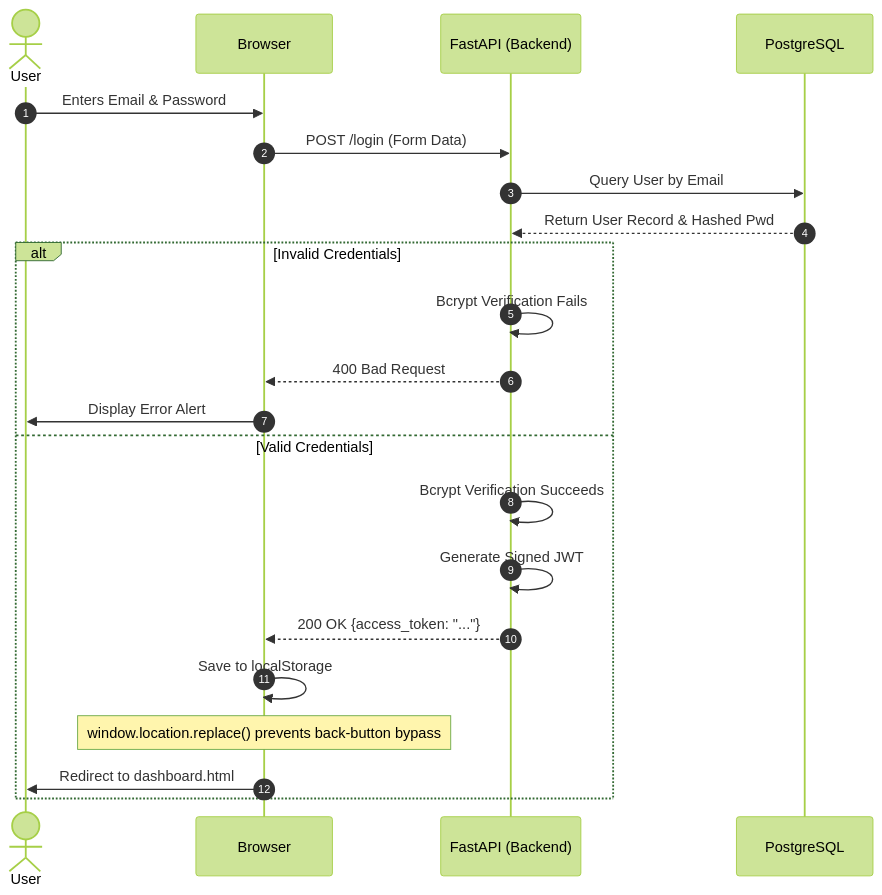
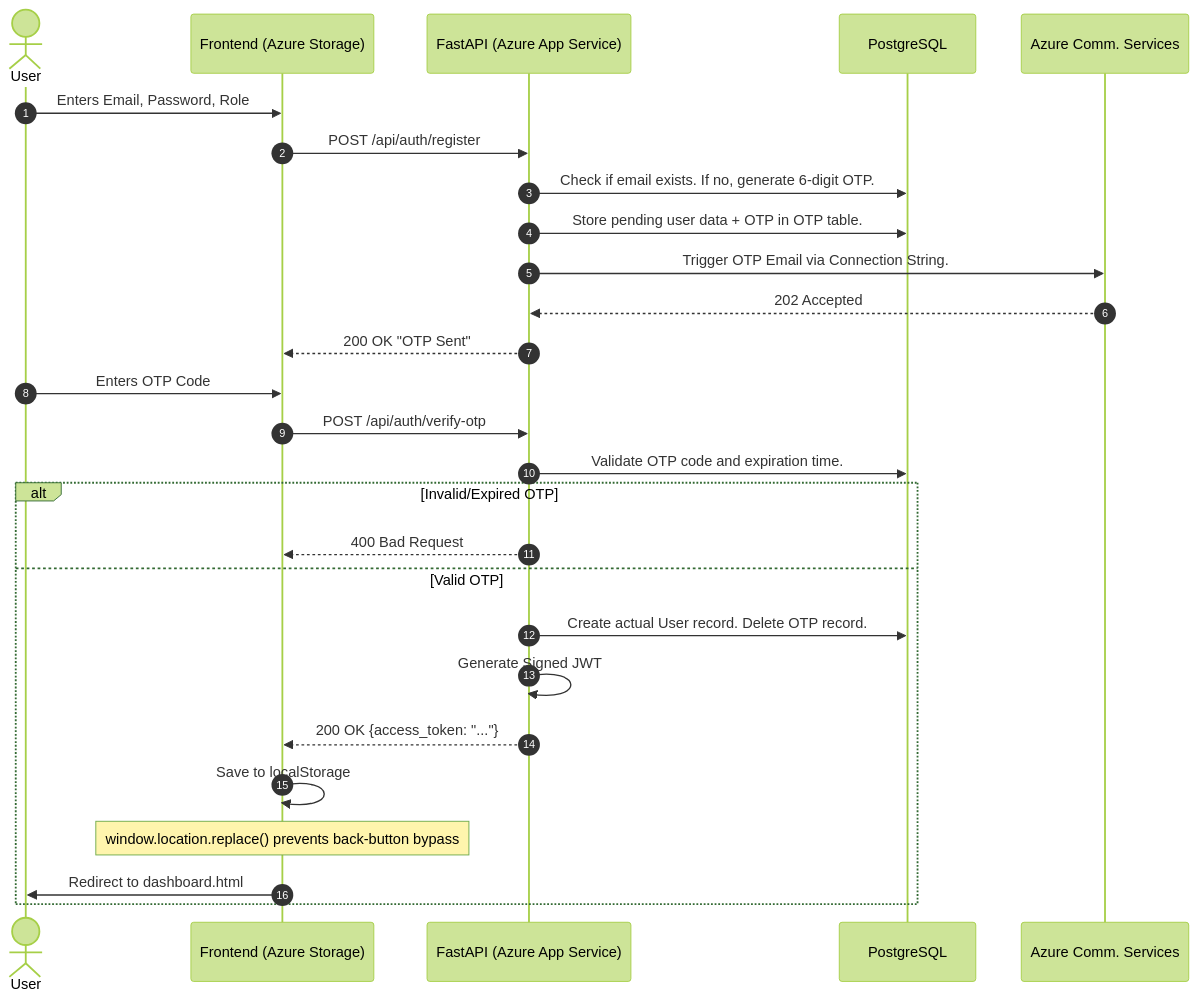
The second of 5 diagrams in docs/design_doc.md (Dhruv-Puri/2nd-year-Internship), drawn with Mermaid (forest theme) before and after one commit. The commit also changed other lines of this file, not shown here.

````diff
--- a/docs/design_doc.md
+++ b/docs/design_doc.md
@@ -74,27 +79,31 @@
 ```mermaid
 sequenceDiagram
     autonumber
     actor User
-    participant Browser
-    participant API as FastAPI (Backend)
+    participant UI as Frontend (Azure Storage)
+    participant API as FastAPI (Azure App Service)
     participant DB as PostgreSQL
+    participant ACS as Azure Comm. Services
 
-    User->>Browser: Enters Email & Password
-    Browser->>API: POST /login (Form Data)
-    API->>DB: Query User by Email
-    DB-->>API: Return User Record & Hashed Pwd
+    User->>UI: Enters Email, Password, Role
+    UI->>API: POST /api/auth/register
+    API->>DB: Check if email exists. If no, generate 6-digit OTP.
+    API->>DB: Store pending user data + OTP in OTP table.
+    API->>ACS: Trigger OTP Email via Connection String.
+    ACS-->>API: 202 Accepted
+    API-->>UI: 200 OK "OTP Sent"
     
-    alt Invalid Credentials
-        API->>API: Bcrypt Verification Fails
-        API-->>Browser: 400 Bad Request
-        Browser->>User: Display Error Alert
-    else Valid Credentials
-        API->>API: Bcrypt Verification Succeeds
+    User->>UI: Enters OTP Code
+    UI->>API: POST /api/auth/verify-otp
+    API->>DB: Validate OTP code and expiration time.
+    alt Invalid/Expired OTP
+        API-->>UI: 400 Bad Request
+    else Valid OTP
+        API->>DB: Create actual User record. Delete OTP record.
         API->>API: Generate Signed JWT
-        API-->>Browser: 200 OK {access_token: "..."}
-        Browser->>Browser: Save to localStorage
-        Note over Browser: window.location.replace() prevents back-button bypass
-        Browser->>User: Redirect to dashboard.html
+        API-->>UI: 200 OK {access_token: "..."}
+        UI->>UI: Save to localStorage
+        Note over UI: window.location.replace() prevents back-button bypass
+        UI->>User: Redirect to dashboard.html
     end
-
 ```
````
